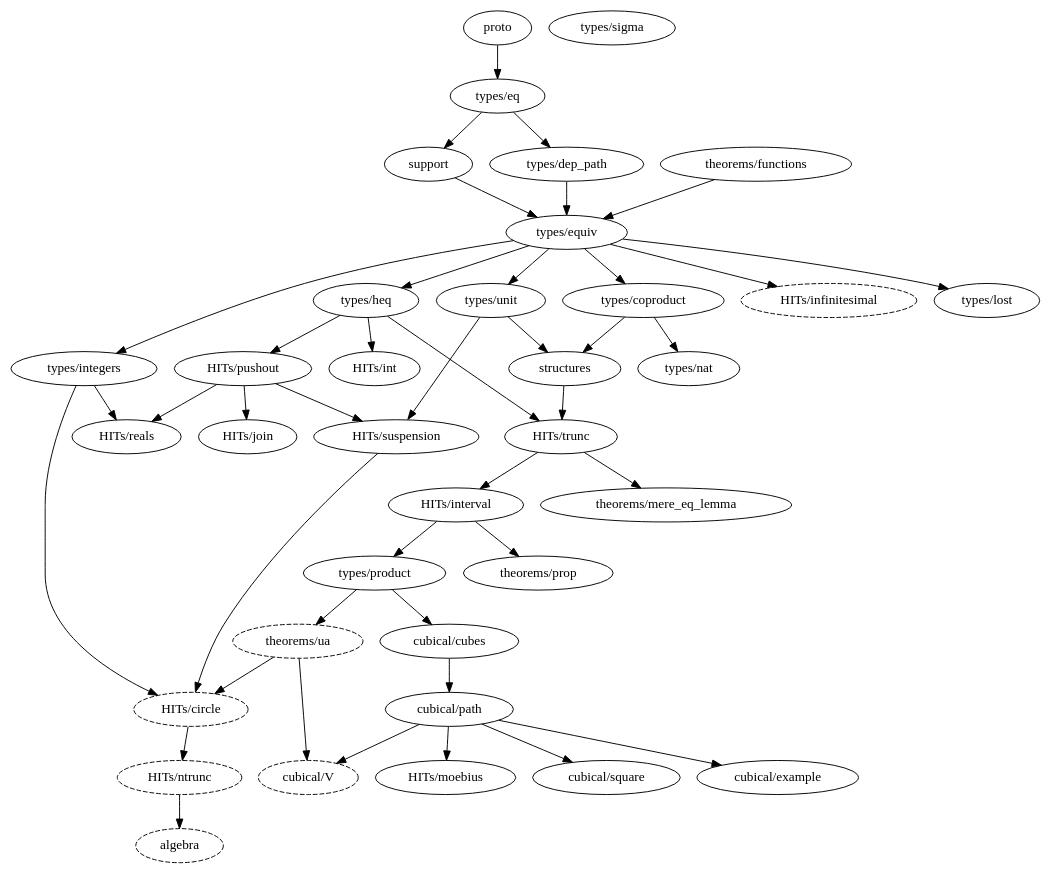
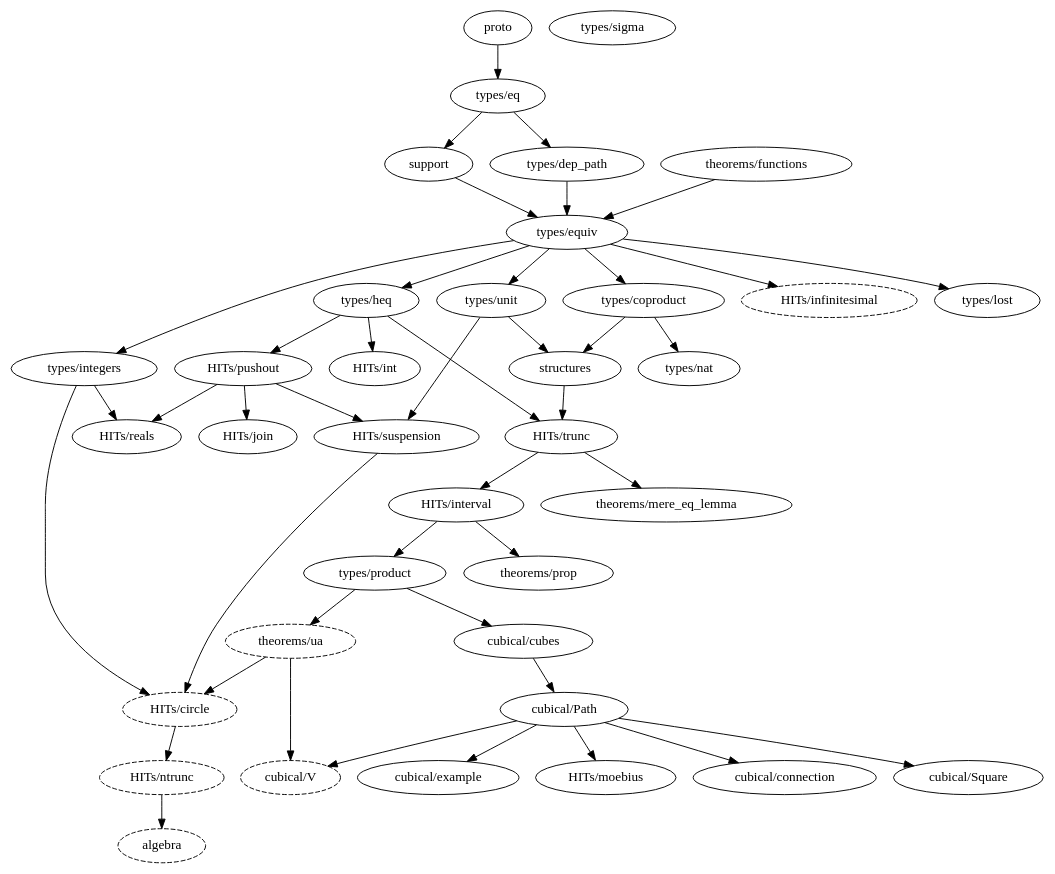
One commit to forked-from-1kasper/ground_zero changed the diagram in dependency_map.gv. Above: the diagram before and after it, drawn with Graphviz. The commit also changed 9 other files, not shown here.

```diff
--- a/dependency_map.gv
+++ b/dependency_map.gv
@@ -1,77 +1,78 @@
 digraph dependency_map {
   proto -> "types/eq"
 
   algebra [style=dashed]
   "HITs/ntrunc" -> algebra
 
   "HITs/circle" [style=dashed]
   "types/integers" -> "HITs/circle"
   "HITs/suspension" -> "HITs/circle"
   "theorems/ua" -> "HITs/circle"
 
   "HITs/infinitesimal" [style=dashed]
   "types/equiv" -> "HITs/infinitesimal"
 
   "types/equiv" -> "types/coproduct"
   "types/eq" -> "types/dep_path"
 
+  "cubical/Path" -> "cubical/connection"
   "types/product" -> "cubical/cubes"
-  "cubical/cubes" -> "cubical/path"
-  "cubical/path" -> "cubical/square"
-  "cubical/path" -> "cubical/example"
+  "cubical/cubes" -> "cubical/Path"
+  "cubical/Path" -> "cubical/Square"
+  "cubical/Path" -> "cubical/example"
 
   "cubical/V" [style=dashed]
   "theorems/ua" -> "cubical/V"
-  "cubical/path" -> "cubical/V"
+  "cubical/Path" -> "cubical/V"
 
   "types/equiv" -> "types/heq"
   "types/equiv" -> "types/integers"
 
   "types/dep_path" -> "types/equiv"
   support -> "types/equiv"
   "theorems/functions" -> "types/equiv"
 
   "types/heq" -> "HITs/int"
 
   "HITs/trunc" -> "HITs/interval"
 
   "HITs/pushout" -> "HITs/join"
 
-  "cubical/path" -> "HITs/moebius"
+  "cubical/Path" -> "HITs/moebius"
 
   "HITs/trunc" -> "theorems/mere_eq_lemma"
 
   "HITs/ntrunc" [style=dashed]
   "HITs/circle" -> "HITs/ntrunc"
 
   "HITs/interval" -> "types/product"
 
   "HITs/interval" -> "theorems/prop"
 
   "types/heq" -> "HITs/pushout"
 
   "HITs/pushout" -> "HITs/reals"
   "types/integers" -> "HITs/reals"
 
   "types/unit" -> structures
   "types/coproduct" -> structures
 
   "types/eq" -> support
 
   "HITs/pushout" -> "HITs/suspension"
   "types/unit" -> "HITs/suspension"
 
   structures -> "HITs/trunc"
   "types/heq" -> "HITs/trunc"
 
   "theorems/ua" [style=dashed]
   "types/product" -> "theorems/ua"
 
   "types/equiv" -> "types/unit"
 
   "types/coproduct" -> "types/nat"
 
   "types/equiv" -> "types/lost"
 
   "types/sigma"
 }
```
